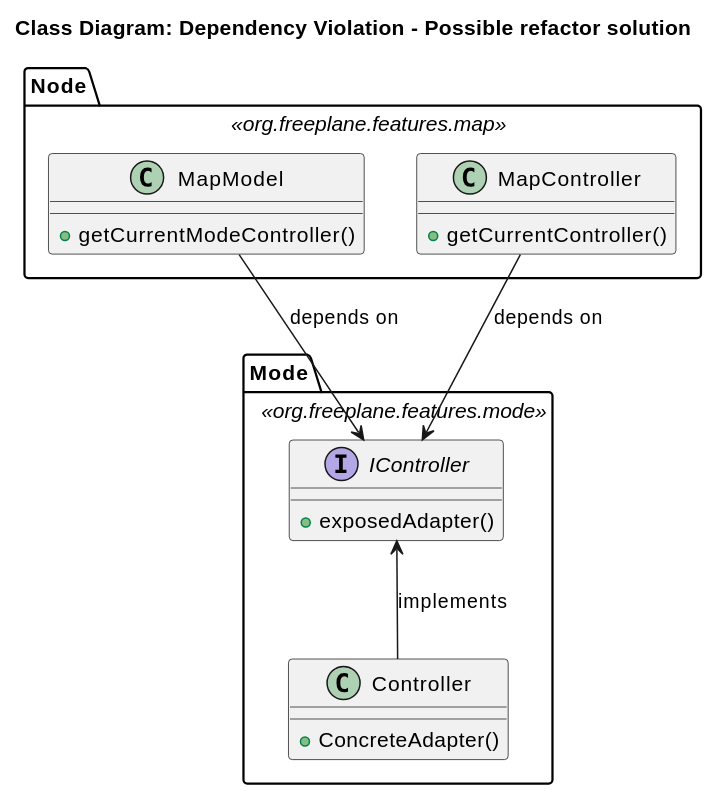
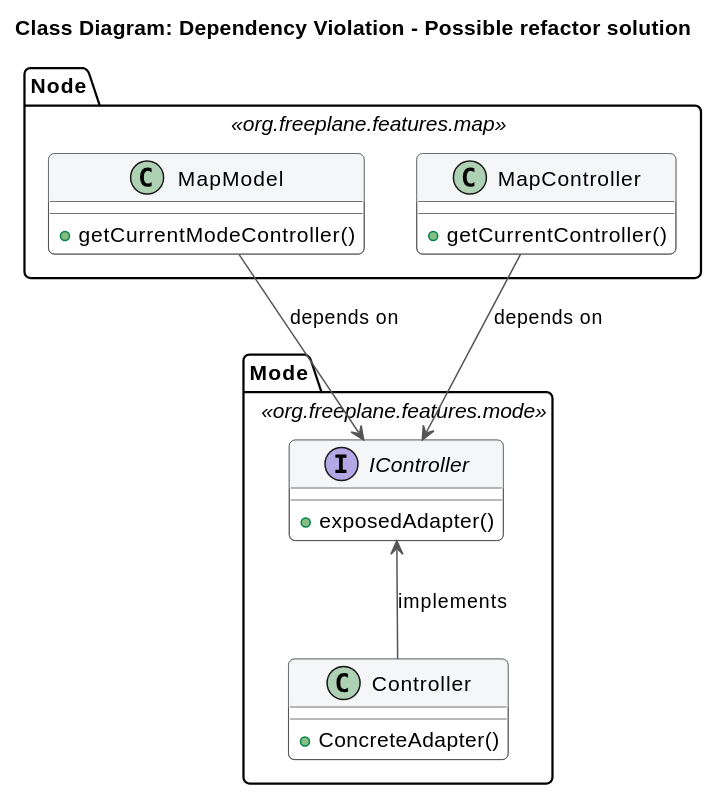
One commit to SWD-ARCH-Group-Team-22/project changed the third of 3 diagrams in doc/analysis/md/clean_architecture.md. Above: the diagram before and after it, drawn with PlantUML. The commit also changed other lines of this file, not shown here.

Commit message:
fix: minor fixes to clean architecture paragraph

````diff
--- a/doc/analysis/md/clean_architecture.md
+++ b/doc/analysis/md/clean_architecture.md
@@ -128,37 +148,58 @@
 ```plantuml
     @startuml
 
     title Class Diagram: Dependency Violation - Possible refactor solution
+    
+    skinparam shadowing false
+    skinparam roundcorner 8
+    skinparam DefaultFontName Helvetica
+    skinparam class {
+        BackgroundColor White
+        ArrowColor #555555
+        BorderColor #444444
+        HeaderBackgroundColor #F4F6F7
+    }
+    skinparam package {
+        FontSize 14
+        Style folder
+    }
+    skinparam note {
+        BackgroundColor #FFFCDF
+        BorderColor #F1C40F
+        FontColor #333333
+    }
+
+    top to bottom direction
 
     package "Node" as node <<org.freeplane.features.map>> {
         class MapModel{
             + getCurrentModeController()
         }
 
         class MapController {
             + getCurrentController()
         }
 
     }
 
 
     package "Mode" as mode <<org.freeplane.features.mode>>{
 
         class Controller {
             + ConcreteAdapter()
         }  
 
         interface IController {
             + exposedAdapter()
         }
 
     
     }
 
     MapModel --> IController : depends on
     MapController --> IController : depends on
     Controller -[hidden]up-> IController
     Controller --> IController : implements
 
     @enduml
 ```
````
